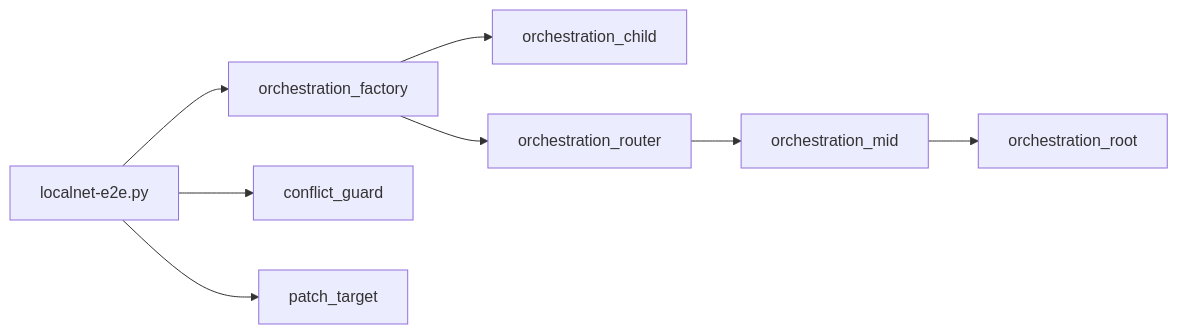
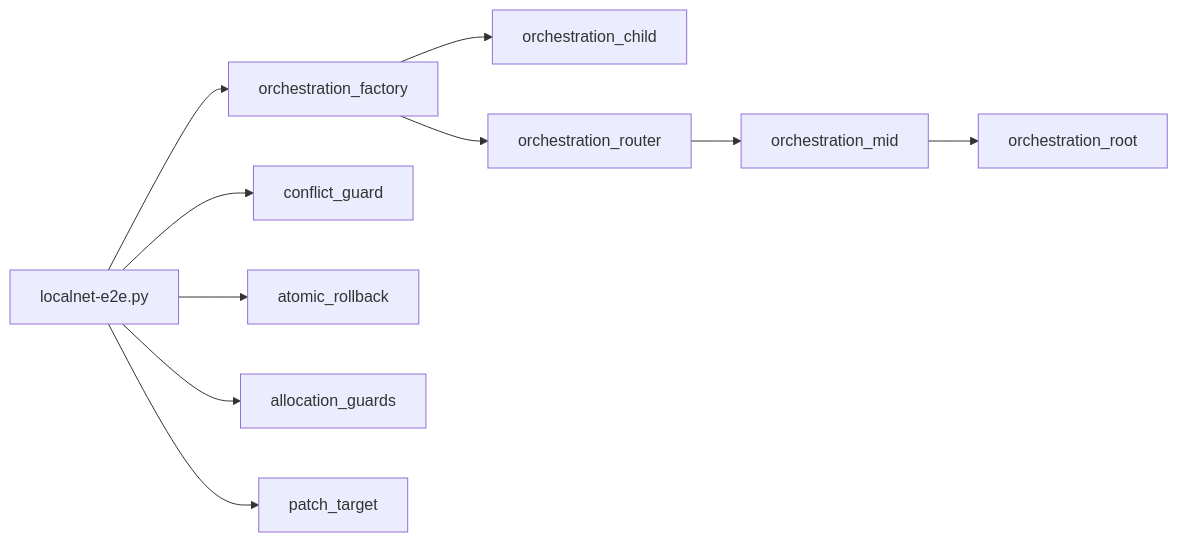
The diagram in workloads/e2e/README.md (xian-technology/xian-stack), drawn with Mermaid before and after one commit. The commit also changed other lines of this file and 8 other files, not shown here.

````diff
--- a/workloads/e2e/README.md
+++ b/workloads/e2e/README.md
@@ -16,10 +19,12 @@
 ```mermaid
 flowchart LR
   E2E["localnet-e2e.py"] --> Factory["orchestration_factory"]
   Factory --> Child["orchestration_child"]
   Factory --> Router["orchestration_router"]
   Router --> Mid["orchestration_mid"]
   Mid --> Root["orchestration_root"]
   E2E --> Conflict["conflict_guard"]
+  E2E --> Atomic["atomic_rollback"]
+  E2E --> Allocation["allocation_guards"]
   E2E --> Patch["patch_target"]
 ```
````
